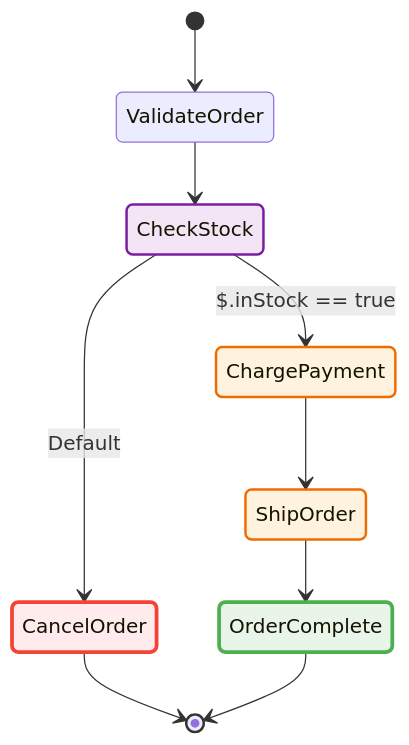
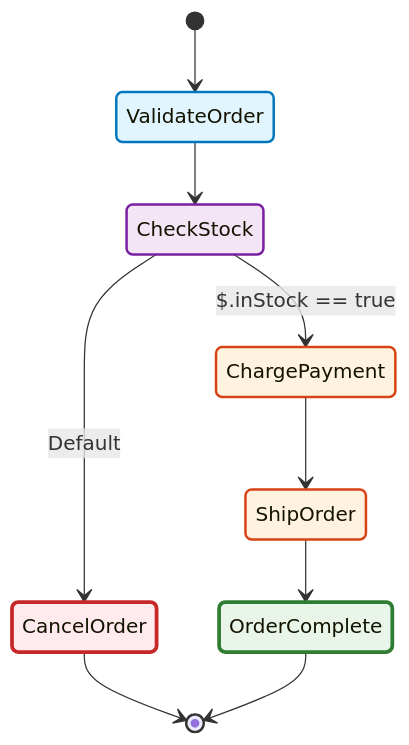
Before and after one commit to yusufaf/sfn-diagram: the diagram in site/src/content/docs/introduction.md, drawn with Mermaid. The commit also changed 19 other files, not shown here.

First line of the commit message:
fix(mermaid): escaping, phantom marker states, and dead layout/theme options (#212)

````diff
--- a/site/src/content/docs/introduction.md
+++ b/site/src/content/docs/introduction.md
@@ -51,24 +51,30 @@
 ```mermaid
 stateDiagram-v2
+    direction TB
 
     [*] --> ValidateOrder
     ValidateOrder --> CheckStock
     CheckStock --> ChargePayment: $.inStock == true
     CheckStock --> CancelOrder: Default
     ChargePayment --> ShipOrder
     ShipOrder --> OrderComplete
 
     CancelOrder --> [*]
     OrderComplete --> [*]
 
-    classDef successState fill:#e8f5e8,stroke:#4caf50,stroke-width:3px
-    classDef failState fill:#ffebee,stroke:#f44336,stroke-width:3px
+    classDef successState fill:#e8f5e8,stroke:#2e7d32,stroke-width:3px
+    classDef failState fill:#ffebee,stroke:#c62828,stroke-width:3px
     classDef choiceState fill:#f3e5f5,stroke:#7b1fa2,stroke-width:2px
-    classDef taskState fill:#fff3e0,stroke:#ef6c00,stroke-width:2px
+    classDef taskState fill:#fff3e0,stroke:#d84315,stroke-width:2px
+    classDef passState fill:#e1f5fe,stroke:#0277bd,stroke-width:2px
+    classDef waitState fill:#e8f5e8,stroke:#388e3c,stroke-width:2px
+    classDef parallelState fill:#fce4ec,stroke:#c2185b,stroke-width:2px
+    classDef mapState fill:#f1f8e9,stroke:#558b2f,stroke-width:2px
 
+    class ValidateOrder passState
     class CheckStock choiceState
     class ChargePayment taskState
     class ShipOrder taskState
     class CancelOrder failState
     class OrderComplete successState
 ```
````
